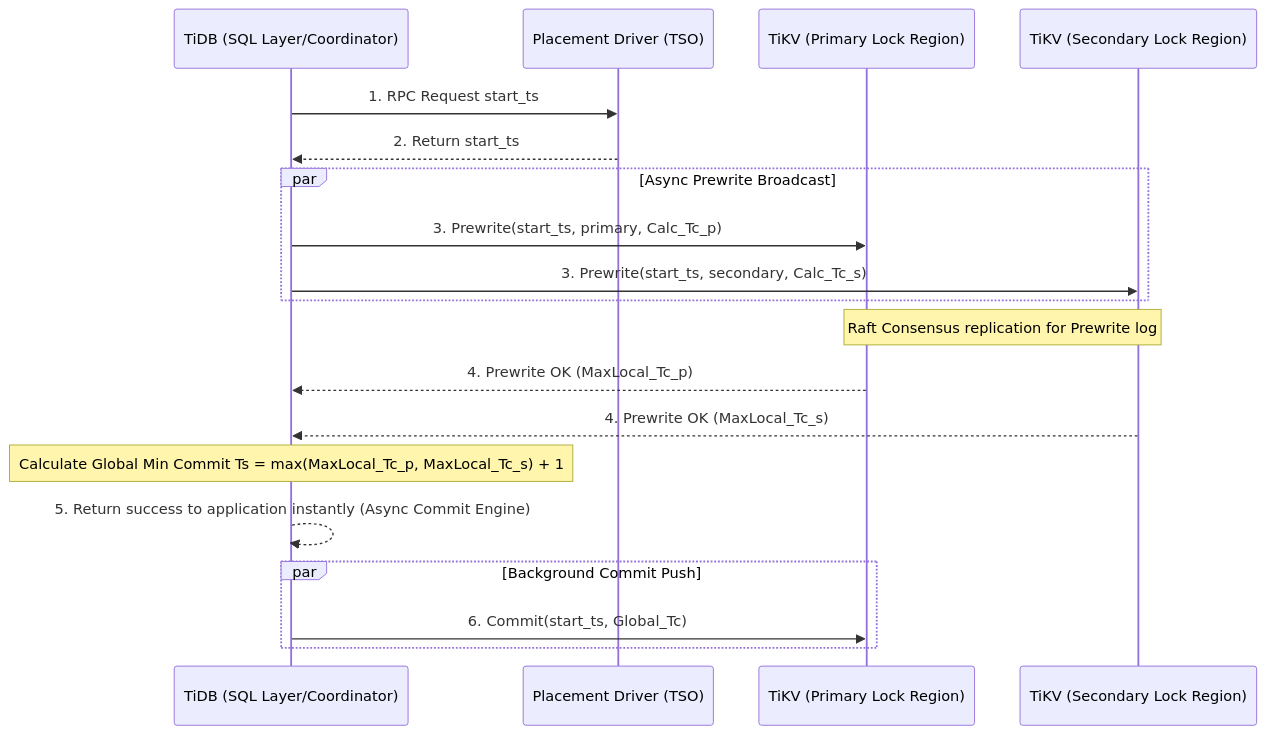
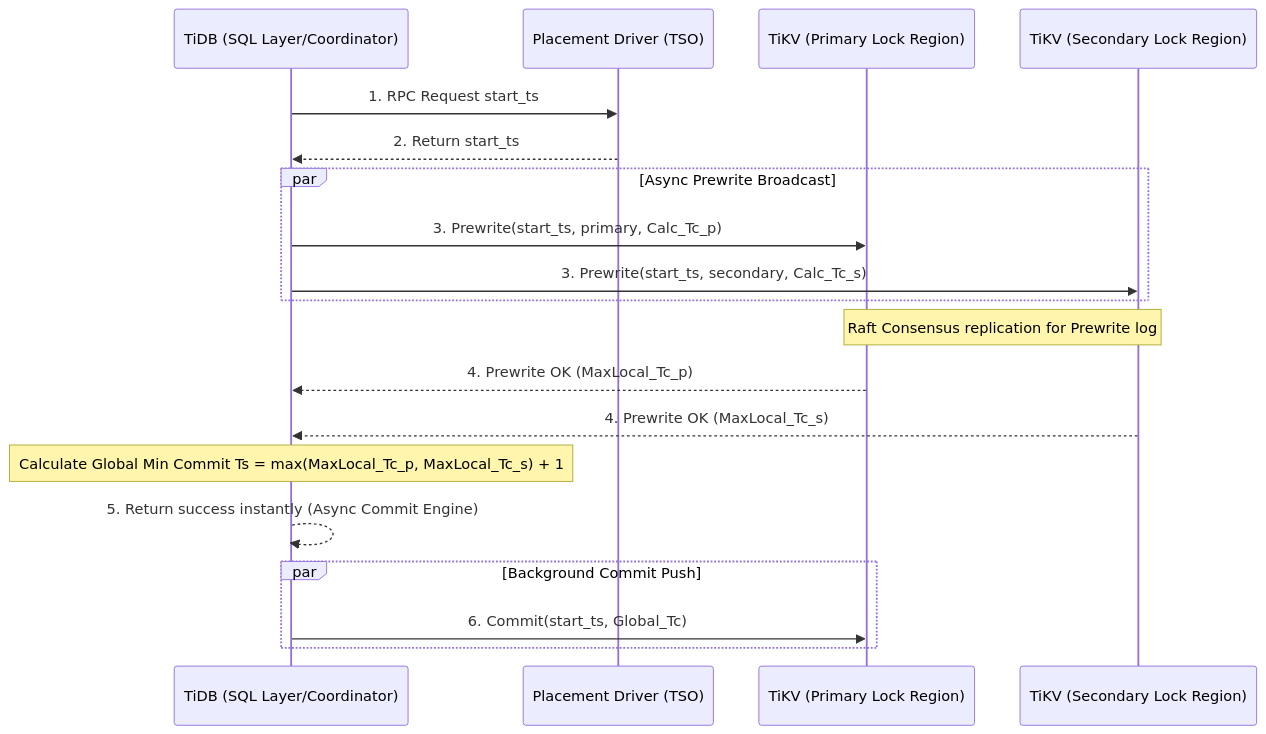
Before and after one commit to caubebinhan/landingpage: the diagram in blogs/part-2/14-percolator-model-spanner-tidb.md, drawn with Mermaid. The commit also changed other lines of this file and 6563 other files, not shown here.

````diff
--- a/blogs/part-2/14-percolator-model-spanner-tidb.md
+++ b/blogs/part-2/14-percolator-model-spanner-tidb.md
@@ -80,27 +61,27 @@
 ```mermaid
 sequenceDiagram
     participant Client as TiDB (SQL Layer/Coordinator)
     participant TSO as Placement Driver (TSO)
     participant TiKV_P as TiKV (Primary Lock Region)
     participant TiKV_S as TiKV (Secondary Lock Region)
     
     Client->>TSO: 1. RPC Request start_ts
     TSO-->>Client: 2. Return start_ts
     
     par Async Prewrite Broadcast
         Client->>TiKV_P: 3. Prewrite(start_ts, primary, Calc_Tc_p)
         Client->>TiKV_S: 3. Prewrite(start_ts, secondary, Calc_Tc_s)
     end
     
     note over TiKV_P,TiKV_S: Raft Consensus replication for Prewrite log
     TiKV_P-->>Client: 4. Prewrite OK (MaxLocal_Tc_p)
     TiKV_S-->>Client: 4. Prewrite OK (MaxLocal_Tc_s)
     
     note over Client: Calculate Global Min Commit Ts = max(MaxLocal_Tc_p, MaxLocal_Tc_s) + 1
     
-    Client-->>Client: 5. Return success to application instantly (Async Commit Engine)
+    Client-->>Client: 5. Return success instantly (Async Commit Engine)
     
     par Background Commit Push
         Client->>TiKV_P: 6. Commit(start_ts, Global_Tc)
     end
 ```
````
